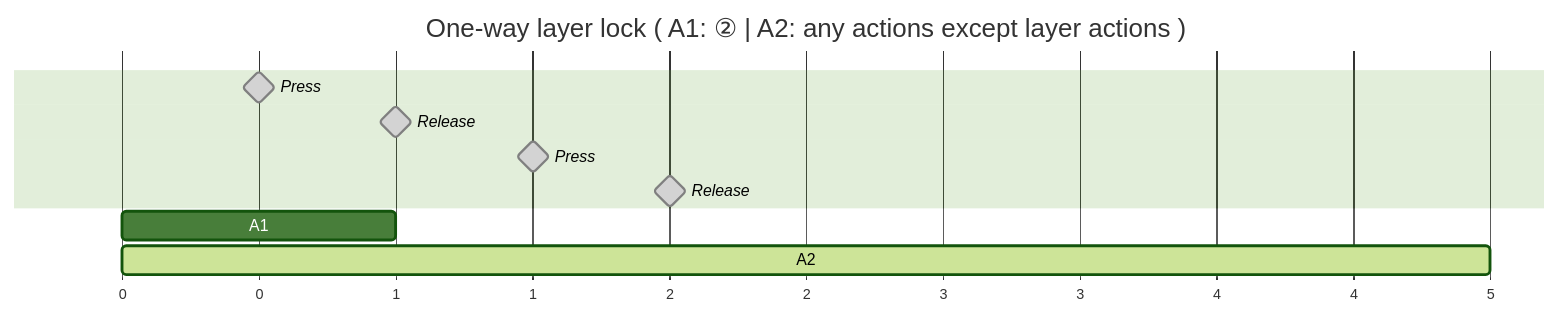
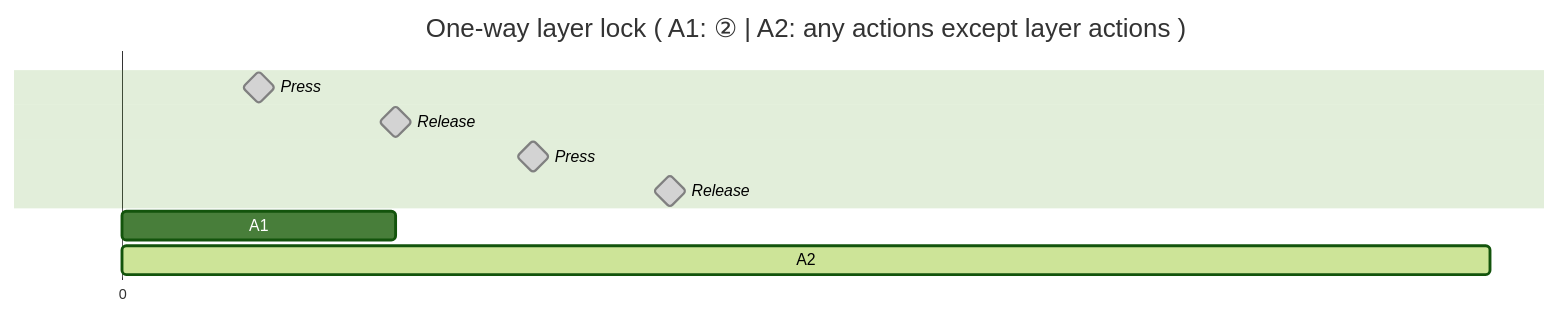
The second of 3 diagrams in source/_posts/tangent-s-collection-of-charachorder-tips.md (andy23512/blog), drawn with Mermaid (forest theme) before and after one commit. The commit also changed other lines of this file and 306 other files, not shown here.

````diff
--- a/source/_posts/tangent-s-collection-of-charachorder-tips.md
+++ b/source/_posts/tangent-s-collection-of-charachorder-tips.md
@@ -72,13 +77,18 @@
-{% mermaid gantt %}
+```mermaid
+---
+displayMode: compact
+---
+gantt
     dateFormat X
     axisFormat %s
     title One-way layer lock ( A1: ② | A2: any actions except layer actions )
     section ㅤ
     Press: milestone, done, 1, 1
     Release: milestone, done, 2, 2
     Press: milestone, done, 3, 3
     Release: milestone, done, 4, 4
-        section ㅤㅤ
+    tickInterval 1day
+    section ㅤㅤ
     A1: 0, 1
     A2: active, 1, 5
-{% endmermaid %}
+```
````
